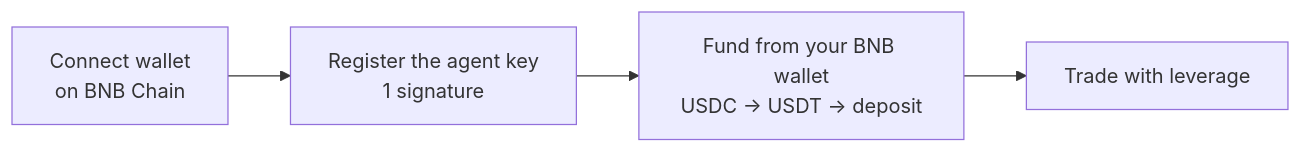
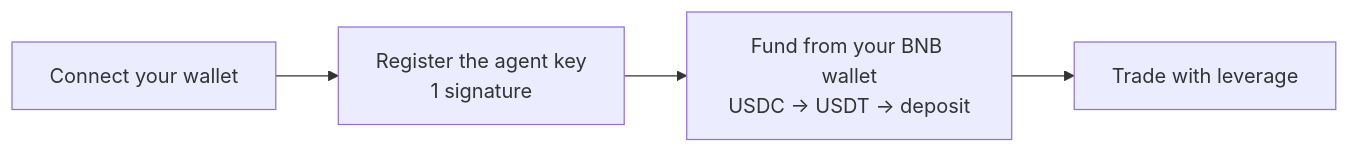
Before and after one commit to definet200/Pulse-Risk-Agent-Mainnet: the second of 3 diagrams in bnb-hackathon/README.md, drawn with Mermaid. The commit also changed other lines of this file and 8 other files, not shown here.

````diff
--- a/bnb-hackathon/README.md
+++ b/bnb-hackathon/README.md
@@ -64,6 +74,6 @@
 ```mermaid
 flowchart LR
-    A["Connect wallet<br/>on BNB Chain"] --> B["Register the agent key<br/>1 signature"]
+    A["Connect your wallet"] --> B["Register the agent key<br/>1 signature"]
     B --> C["Fund from your BNB wallet<br/>USDC → USDT → deposit"]
     C --> D["Trade with leverage"]
 ```
````
